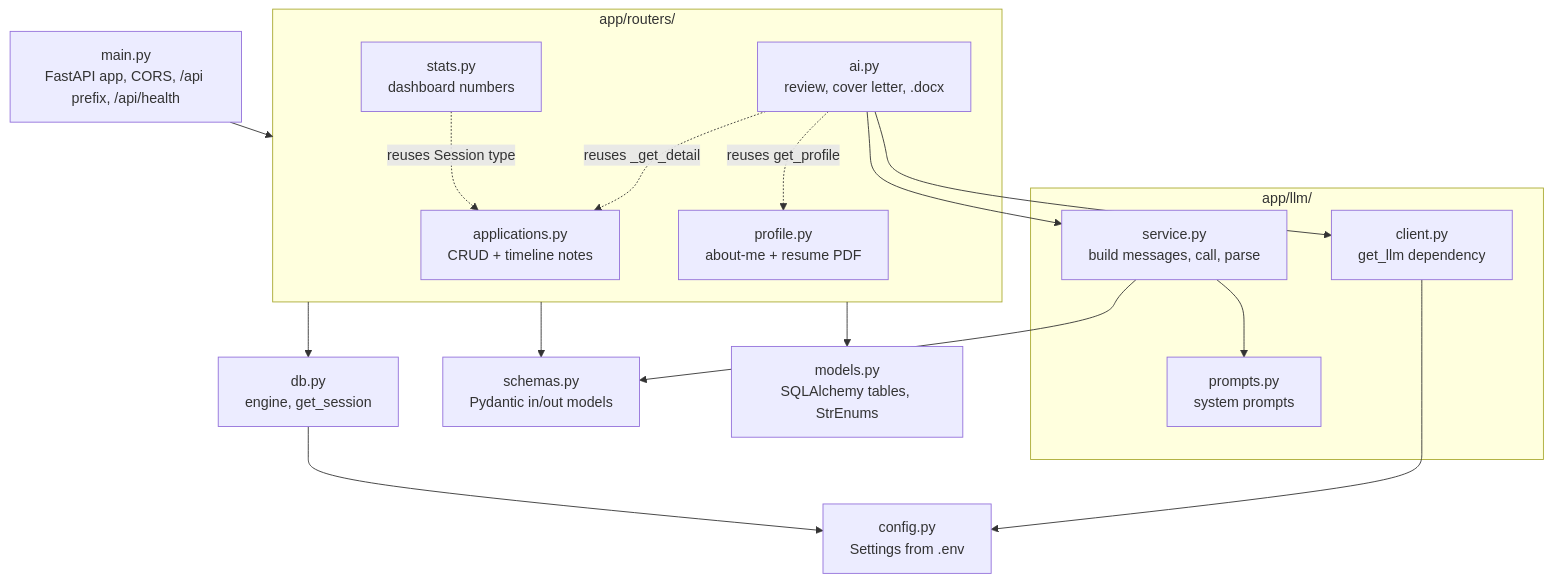
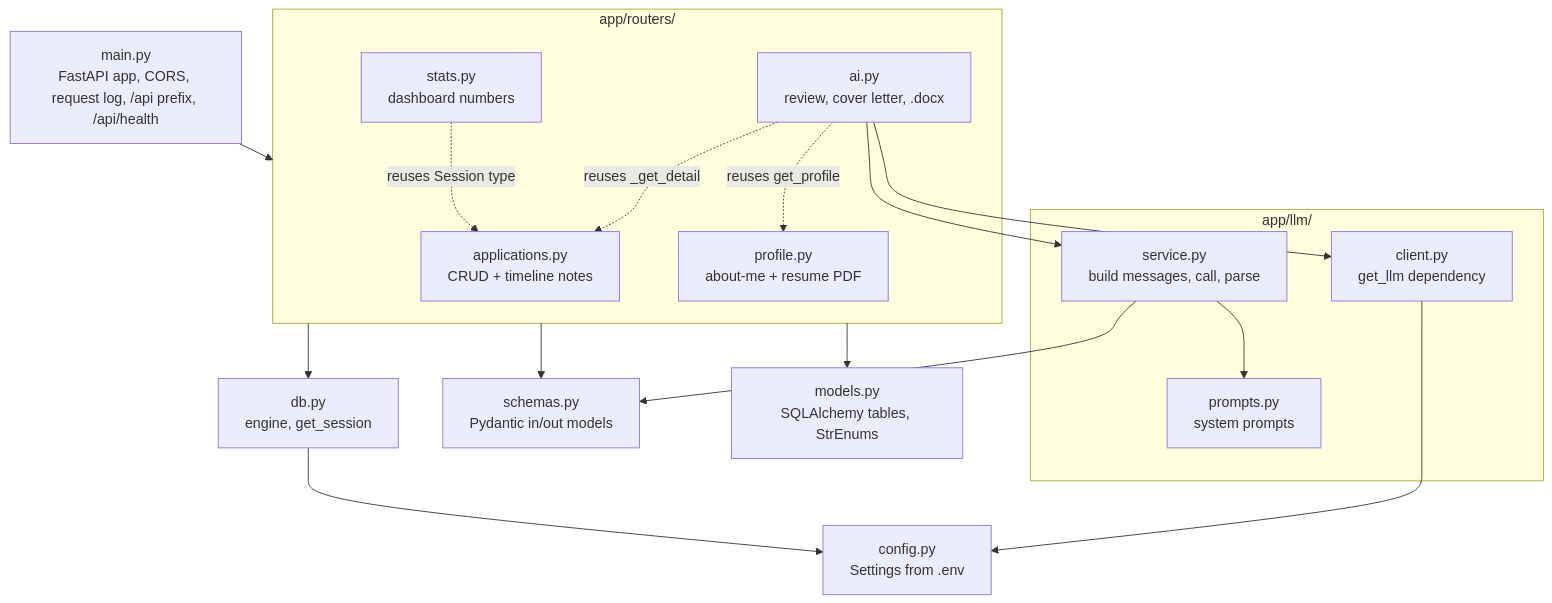
The first of 5 diagrams in docs/BACKEND.md (smil7/job-tracker), drawn with Mermaid before and after one commit. The commit also changed 3 other files, not shown here.

Commit message:
Document logs and the health check, add LOG_LEVEL and GIT_SHA settings

````diff
--- a/docs/BACKEND.md
+++ b/docs/BACKEND.md
@@ -7,36 +7,36 @@
 ```mermaid
 flowchart TB
-    main["main.py<br/>FastAPI app, CORS, /api prefix, /api/health"]
+    main["main.py<br/>FastAPI app, CORS, request log, /api prefix, /api/health"]
 
     subgraph routers["app/routers/"]
         apps["applications.py<br/>CRUD + timeline notes"]
         stats["stats.py<br/>dashboard numbers"]
         profile["profile.py<br/>about-me + resume PDF"]
         ai["ai.py<br/>review, cover letter, .docx"]
     end
 
     subgraph llm["app/llm/"]
         client["client.py<br/>get_llm dependency"]
         service["service.py<br/>build messages, call, parse"]
         prompts["prompts.py<br/>system prompts"]
     end
 
     schemas["schemas.py<br/>Pydantic in/out models"]
     models["models.py<br/>SQLAlchemy tables, StrEnums"]
     db["db.py<br/>engine, get_session"]
     config["config.py<br/>Settings from .env"]
 
     main --> routers
     routers --> schemas
     routers --> models
     routers --> db
     ai --> service
     ai --> client
     ai -. "reuses _get_detail" .-> apps
     ai -. "reuses get_profile" .-> profile
     stats -. "reuses Session type" .-> apps
     service --> prompts
     service --> schemas
     client --> config
     db --> config
 ```
````
